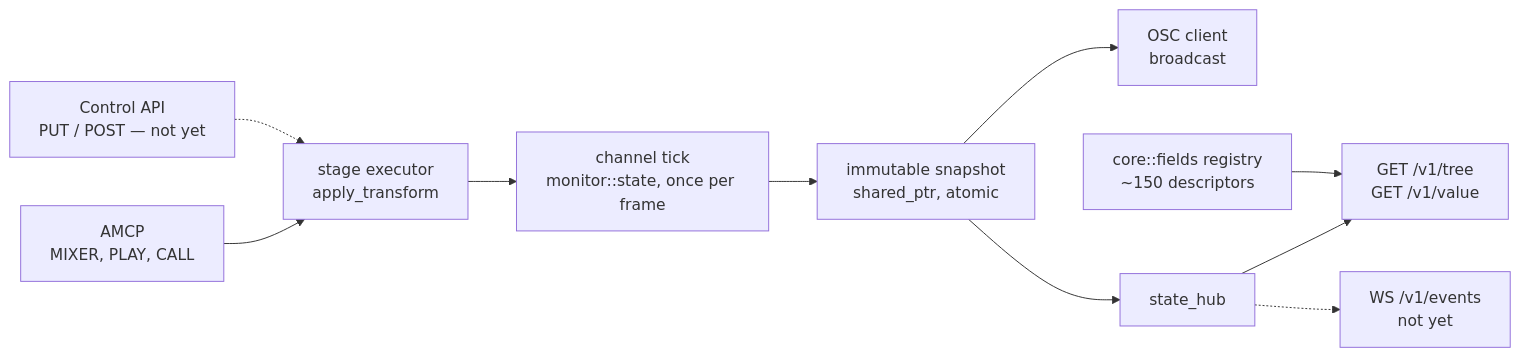
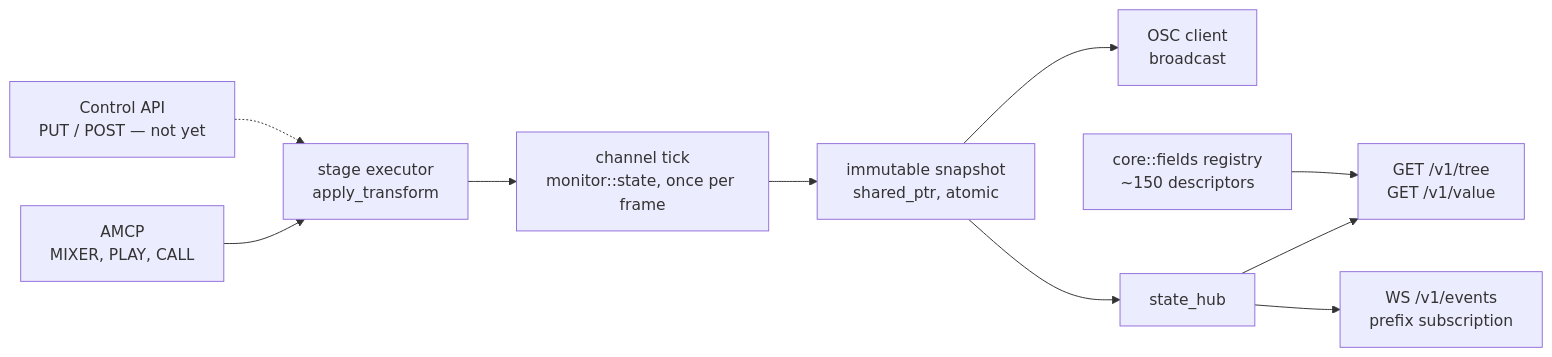
The diagram in docs/features/control-api.md (C-alcaide/server), drawn with Mermaid before and after one commit. The commit also changed other lines of this file and 7 other files, not shown here.

````diff
--- a/docs/features/control-api.md
+++ b/docs/features/control-api.md
@@ -265,12 +327,12 @@
 ```mermaid
 flowchart LR
     AMCP["AMCP<br/>MIXER, PLAY, CALL"] --> STAGE["stage executor<br/>apply_transform"]
     API["Control API<br/>PUT / POST — not yet"] -.-> STAGE
     STAGE --> TICK["channel tick<br/>monitor::state, once per frame"]
     TICK --> SNAP["immutable snapshot<br/>shared_ptr, atomic"]
     SNAP --> OSC["OSC client<br/>broadcast"]
     SNAP --> HUB["state_hub"]
     HUB --> TREE["GET /v1/tree<br/>GET /v1/value"]
-    HUB -.-> WS["WS /v1/events<br/>not yet"]
+    HUB --> WS["WS /v1/events<br/>prefix subscription"]
     REG["core::fields registry<br/>~150 descriptors"] --> TREE
 ```
````
